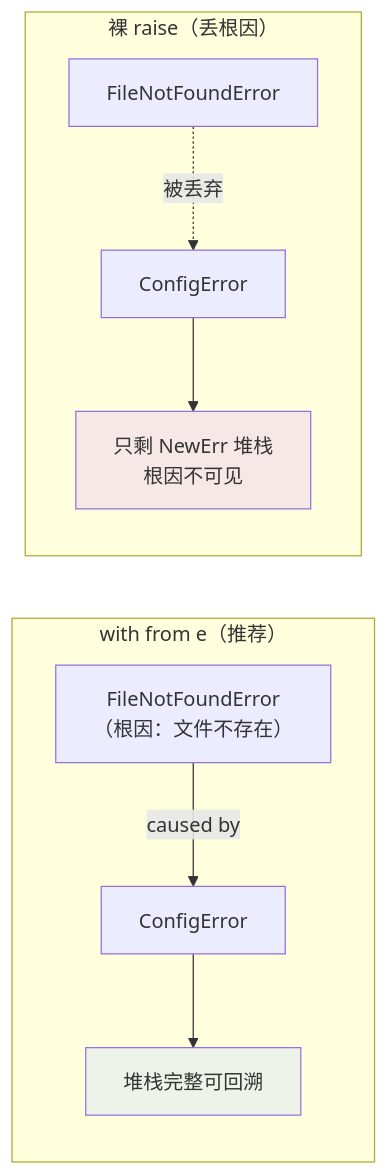
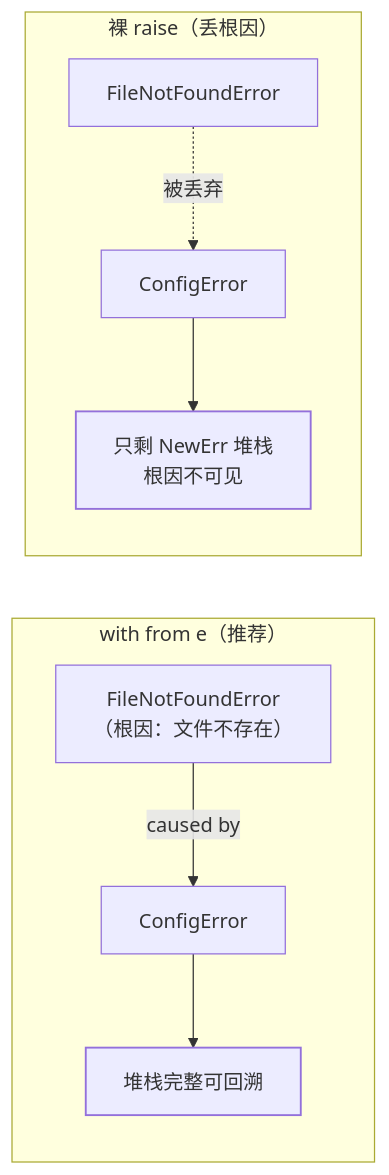
The second of 2 diagrams in src/content/docs/python/basic/syntax/04-exceptions.md (Loadhao/ascension), drawn with Mermaid before and after one commit. The commit also changed other lines of this file and 87 other files, not shown here.

First line of the commit message:
fix: 全站图表配色改由主题接管，修复暗色主题下浅底浅字看不清

````diff
--- a/src/content/docs/python/basic/syntax/04-exceptions.md
+++ b/src/content/docs/python/basic/syntax/04-exceptions.md
@@ -92,13 +94,15 @@
 ```mermaid
 flowchart LR
     subgraph W["with from e（推荐）"]
         A1["FileNotFoundError<br/>（根因：文件不存在）"] -->|"caused by"| B1["ConfigError"]
         B1 --> C1["堆栈完整可回溯"]
     end
     subgraph WO["裸 raise（丢根因）"]
         A2["FileNotFoundError"] -.->|"被丢弃"| B2["ConfigError"]
         B2 --> C2["只剩 NewErr 堆栈<br/>根因不可见"]
     end
-    style C1 fill:#eef3ea
-    style C2 fill:#f7e8e8
+    class C1 good
+    class C2 bad
+    classDef good stroke-width:1.5px
+    classDef bad stroke-width:1.5px
 ```
````
